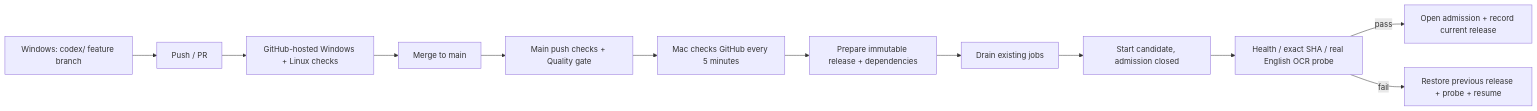
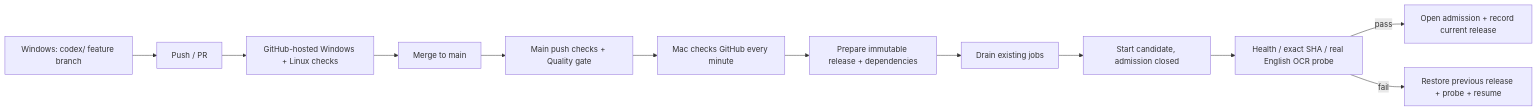
The diagram in docs/ci-cd.md (mark10112/crawl-search), drawn with Mermaid before and after one commit. The commit also changed other lines of this file and 4 other files, not shown here.

````diff
--- a/docs/ci-cd.md
+++ b/docs/ci-cd.md
@@ -5,14 +5,14 @@
 ```mermaid
 flowchart LR
   W[Windows: codex/ feature branch] --> P[Push / PR]
   P --> Q[GitHub-hosted Windows + Linux checks]
   Q --> M[Merge to main]
   M --> G[Main push checks + Quality gate]
-  G --> A[Mac checks GitHub every 5 minutes]
+  G --> A[Mac checks GitHub every minute]
   A --> R[Prepare immutable release + dependencies]
   R --> D[Drain existing jobs]
   D --> S[Start candidate, admission closed]
   S --> H[Health / exact SHA / real English OCR probe]
   H -->|pass| O[Open admission + record current release]
   H -->|fail| B[Restore previous release + probe + resume]
 ```
````
